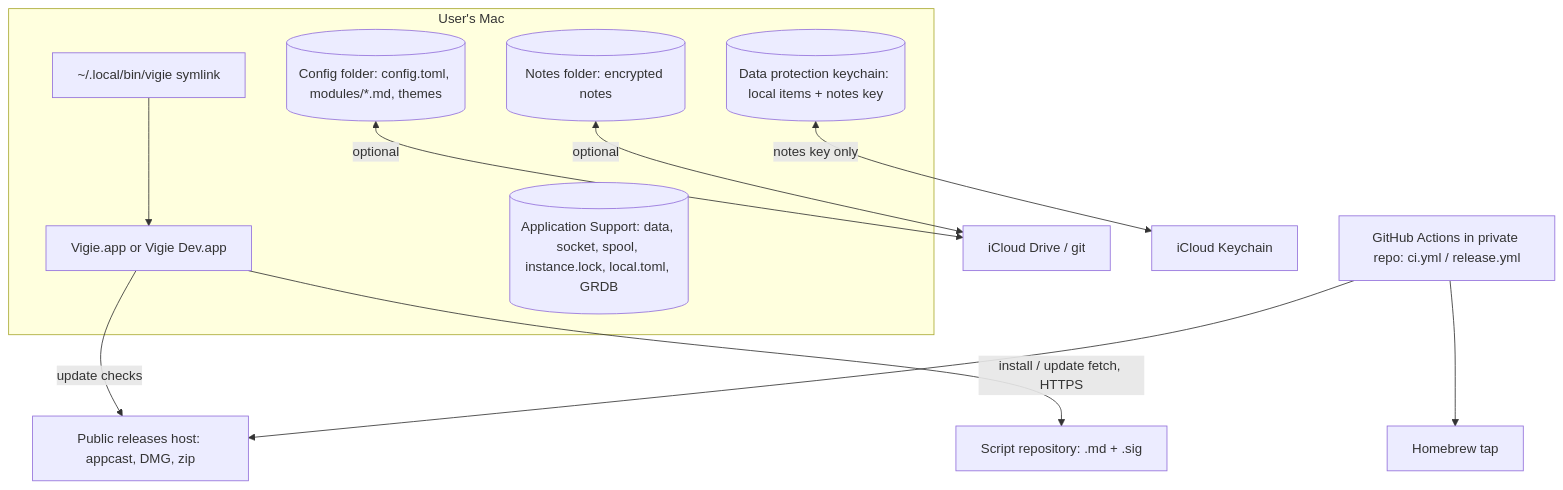
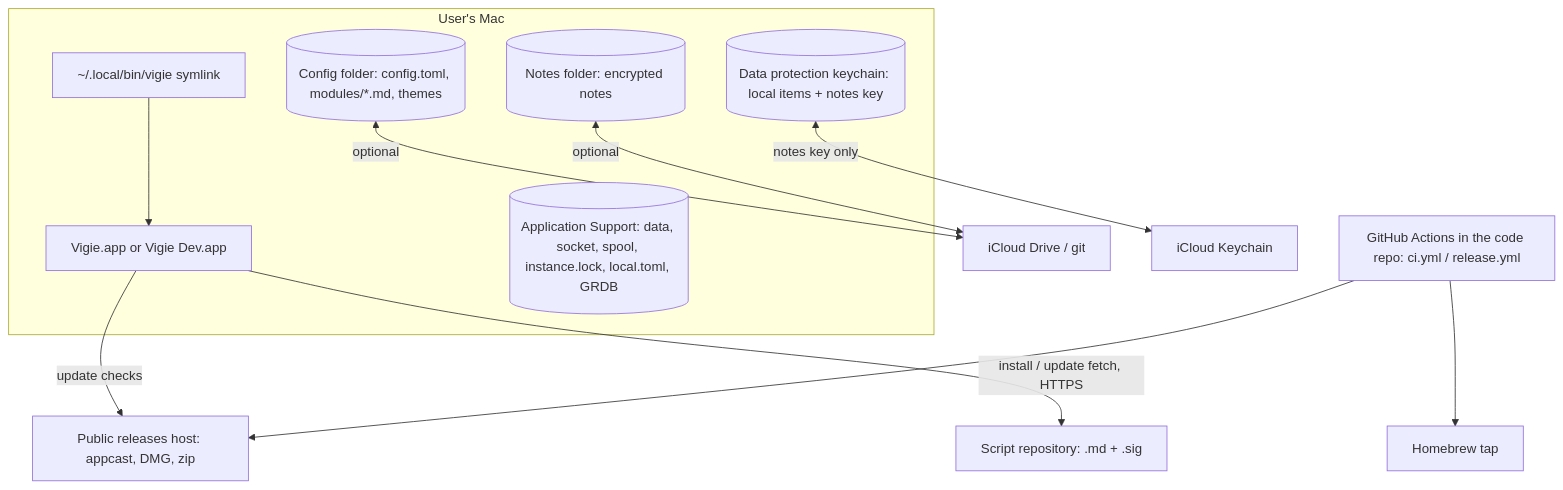
Before and after one commit to BaguetteLabs/vigie: the third of 3 diagrams in docs/architecture/architecture-vigie-2026-11-05/ARCHITECTURE-SPINE.md, drawn with Mermaid. The commit also changed other lines of this file and 7 other files, not shown here.

````diff
--- a/docs/architecture/architecture-vigie-2026-11-05/ARCHITECTURE-SPINE.md
+++ b/docs/architecture/architecture-vigie-2026-11-05/ARCHITECTURE-SPINE.md
@@ -323,19 +323,19 @@
 ```mermaid
 flowchart TB
   subgraph Mac[User's Mac]
     App[Vigie.app or Vigie Dev.app]
     AS[(Application Support: data, socket, spool, instance.lock, local.toml, GRDB)]
     KC[(Data protection keychain: local items + notes key)]
     CF[(Config folder: config.toml, modules/*.md, themes)]
     NF[(Notes folder: encrypted notes)]
     Link["~/.local/bin/vigie symlink"]
   end
   CF <-->|optional| ICD[iCloud Drive / git]
   NF <-->|optional| ICD
   KC <-->|notes key only| ICK[iCloud Keychain]
   Link --> App
   App -->|update checks| GH[Public releases host: appcast, DMG, zip]
   App -->|install / update fetch, HTTPS| SR[Script repository: .md + .sig]
-  CI[GitHub Actions in private repo: ci.yml / release.yml] --> GH
+  CI[GitHub Actions in the code repo: ci.yml / release.yml] --> GH
   CI --> Tap[Homebrew tap]
 ```
````
